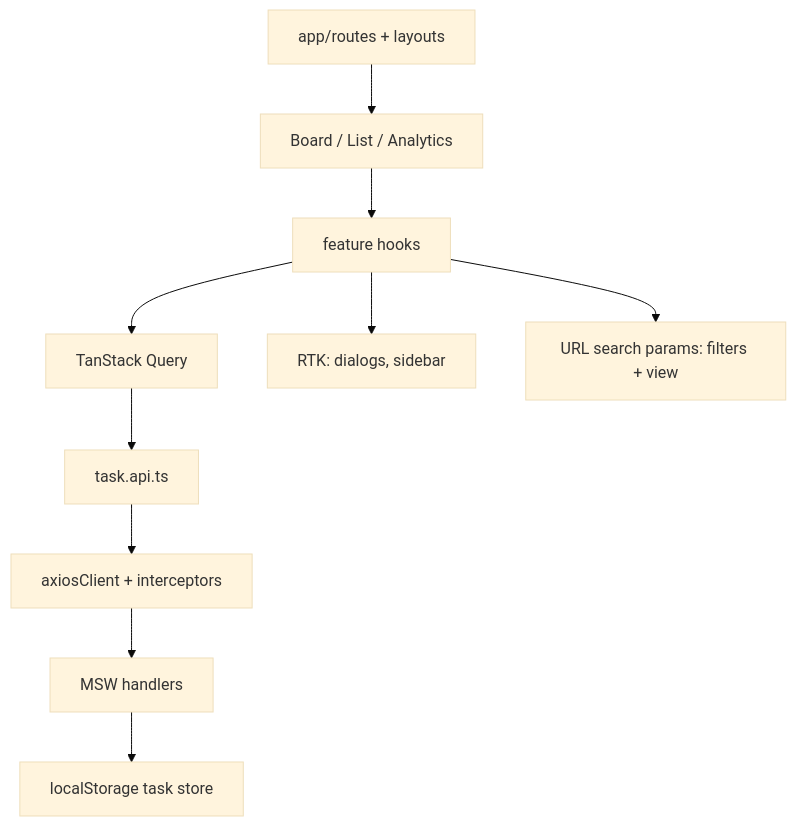
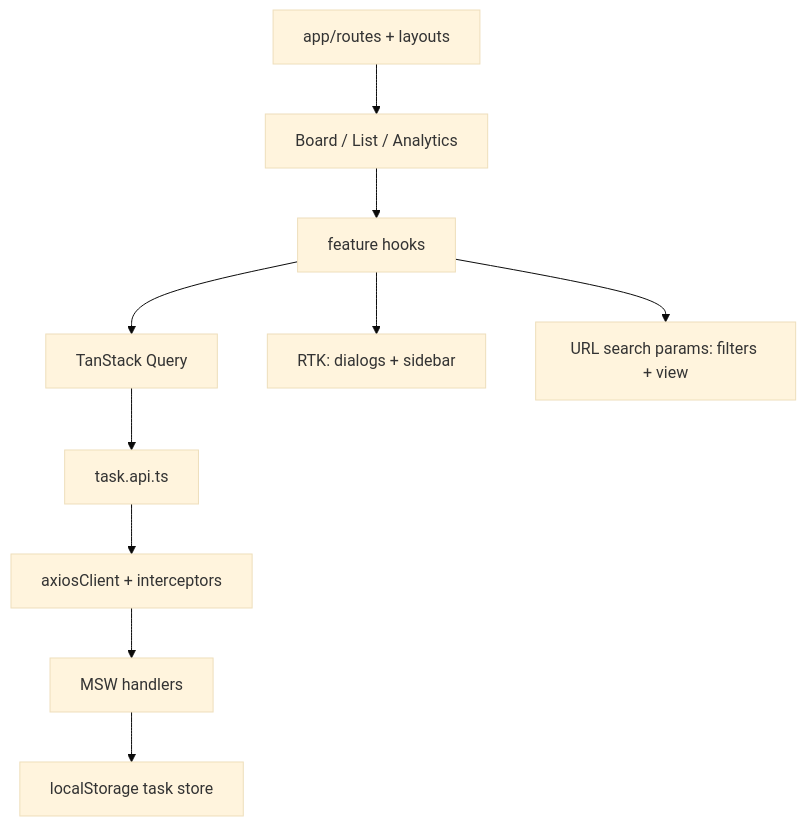
The diagram in README.md (howaida-95/track_project_tasks), drawn with Mermaid (base theme) before and after one commit. The commit also changed other lines of this file and 21 other files, not shown here.

````diff
--- a/README.md
+++ b/README.md
@@ -99,12 +98,12 @@
 ```mermaid
 flowchart TD
   Router["app/routes + layouts"] --> Views["Board / List / Analytics"]
   Views --> Hooks["feature hooks"]
   Hooks --> RQ["TanStack Query"]
-  Hooks --> Redux["RTK: dialogs, sidebar"]
+  Hooks --> Redux["RTK: dialogs + sidebar"]
   Hooks --> URL["URL search params: filters + view"]
   RQ --> Api["task.api.ts"]
   Api --> Axios["axiosClient + interceptors"]
   Axios --> MSW["MSW handlers"]
   MSW --> Store["localStorage task store"]
 ```
````
